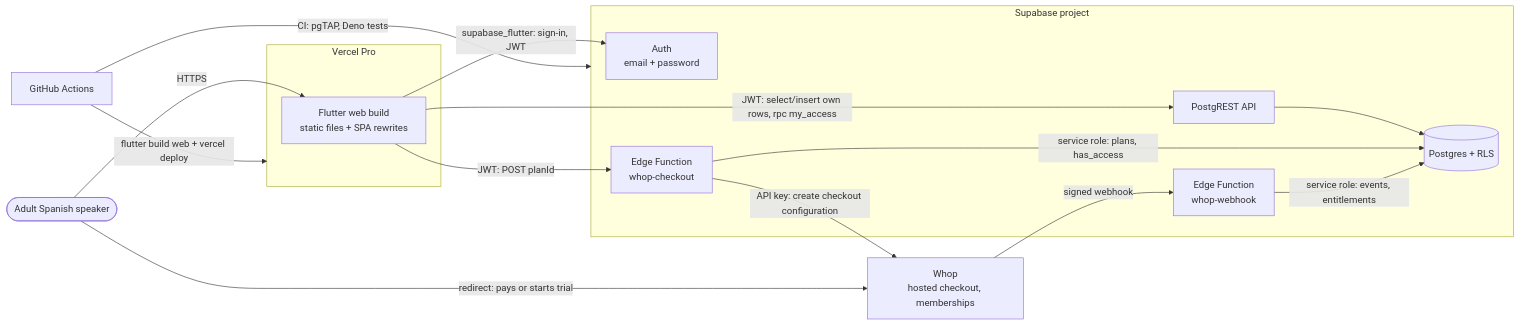
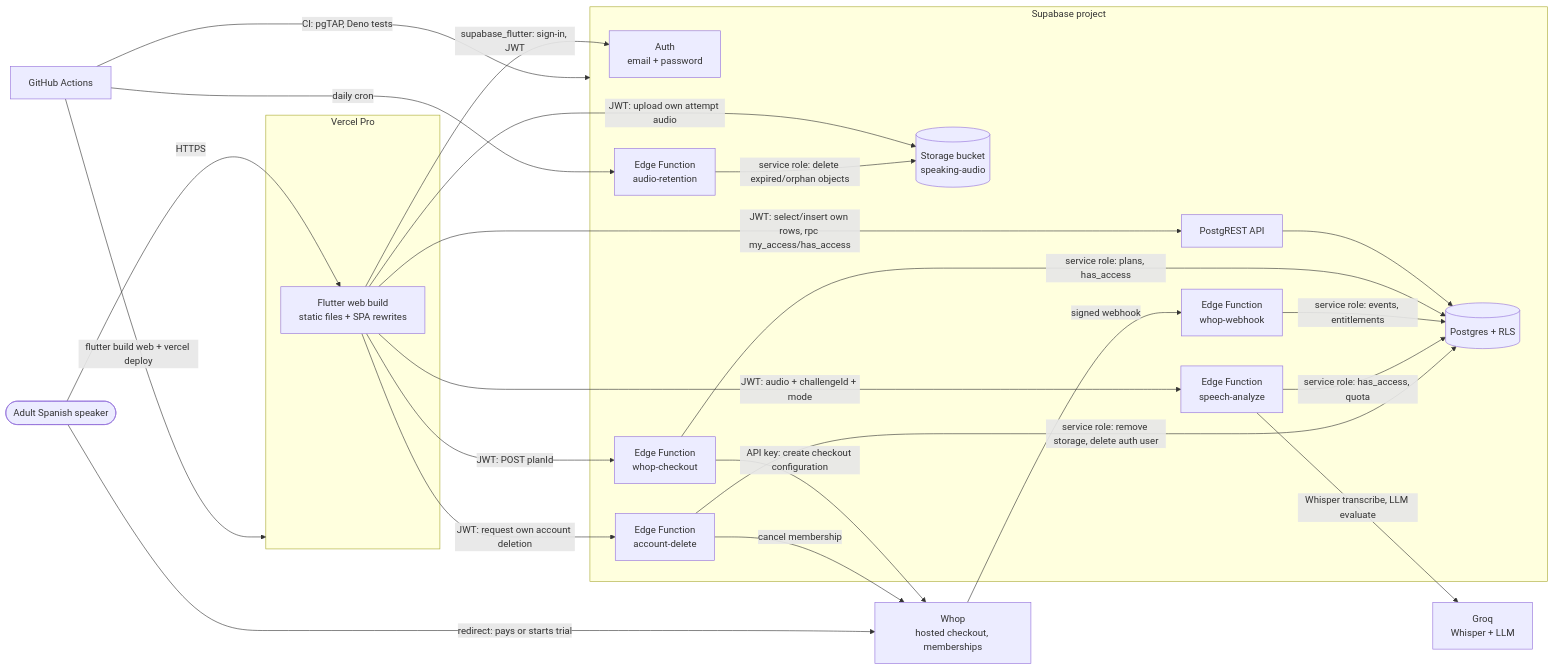
Before and after one commit to modoverbo/flui: the first of 7 diagrams in docs/architecture.md, drawn with Mermaid. The commit also changed other lines of this file and 8 other files, not shown here.

````diff
--- a/docs/architecture.md
+++ b/docs/architecture.md
@@ -11,29 +17,43 @@
 ```mermaid
 flowchart LR
   user([Adult Spanish speaker])
   subgraph vercel[Vercel Pro]
     web[Flutter web build<br/>static files + SPA rewrites]
   end
   subgraph supabase[Supabase project]
     auth[Auth<br/>email + password]
     rest[PostgREST API]
     db[(Postgres + RLS)]
     fnCheckout[Edge Function<br/>whop-checkout]
     fnWebhook[Edge Function<br/>whop-webhook]
+    fnAnalyze[Edge Function<br/>speech-analyze]
+    fnRetention[Edge Function<br/>audio-retention]
+    fnDelete[Edge Function<br/>account-delete]
+    bucket[(Storage bucket<br/>speaking-audio)]
   end
   whop[Whop<br/>hosted checkout, memberships]
+  groq[Groq<br/>Whisper + LLM]
   gha[GitHub Actions]
 
   user -->|HTTPS| web
   web -->|supabase_flutter: sign-in, JWT| auth
-  web -->|JWT: select/insert own rows, rpc my_access| rest
+  web -->|JWT: select/insert own rows, rpc my_access/has_access| rest
   rest --> db
   web -->|JWT: POST planId| fnCheckout
   fnCheckout -->|service role: plans, has_access| db
   fnCheckout -->|API key: create checkout configuration| whop
   user -->|redirect: pays or starts trial| whop
   whop -->|signed webhook| fnWebhook
   fnWebhook -->|service role: events, entitlements| db
+  web -->|JWT: audio + challengeId + mode| fnAnalyze
+  fnAnalyze -->|service role: has_access, quota| db
+  fnAnalyze -->|Whisper transcribe, LLM evaluate| groq
+  web -->|JWT: upload own attempt audio| bucket
+  gha -->|daily cron| fnRetention
+  fnRetention -->|service role: delete expired/orphan objects| bucket
+  web -->|JWT: request own account deletion| fnDelete
+  fnDelete -->|cancel membership| whop
+  fnDelete -->|service role: remove storage, delete auth user| db
   gha -->|flutter build web + vercel deploy| vercel
   gha -->|CI: pgTAP, Deno tests| supabase
 ```
````
